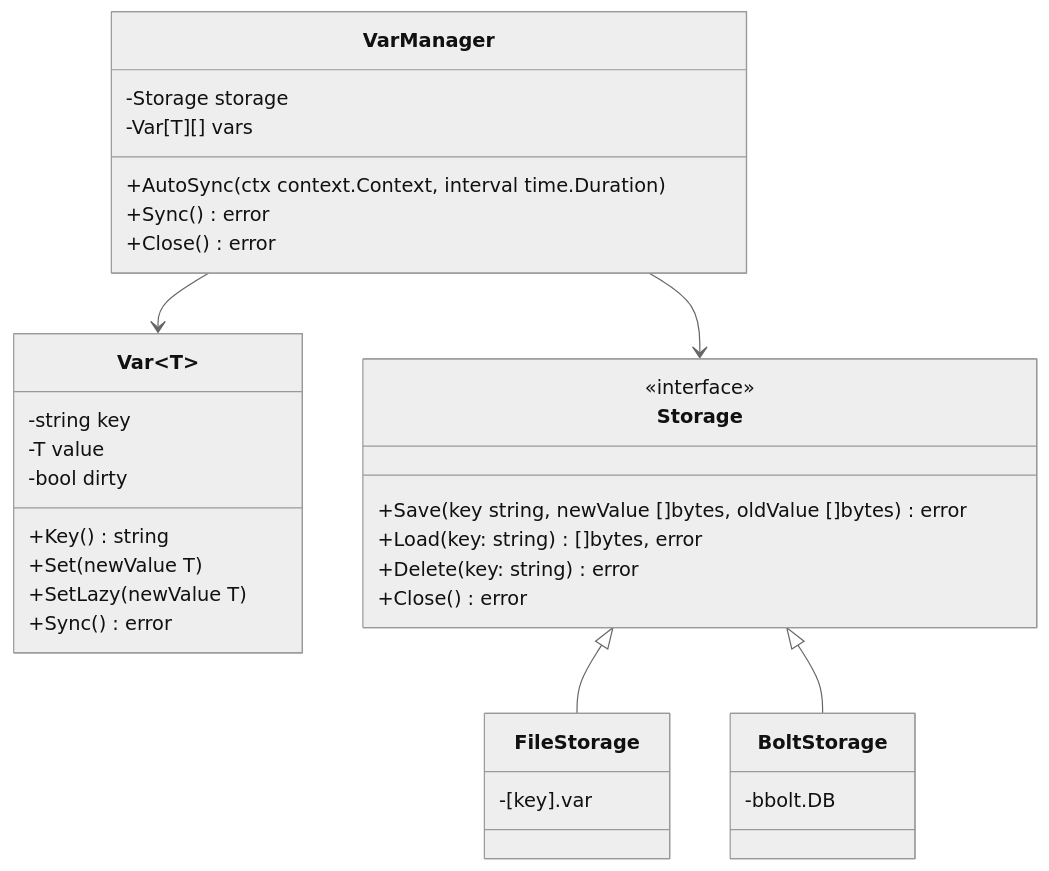
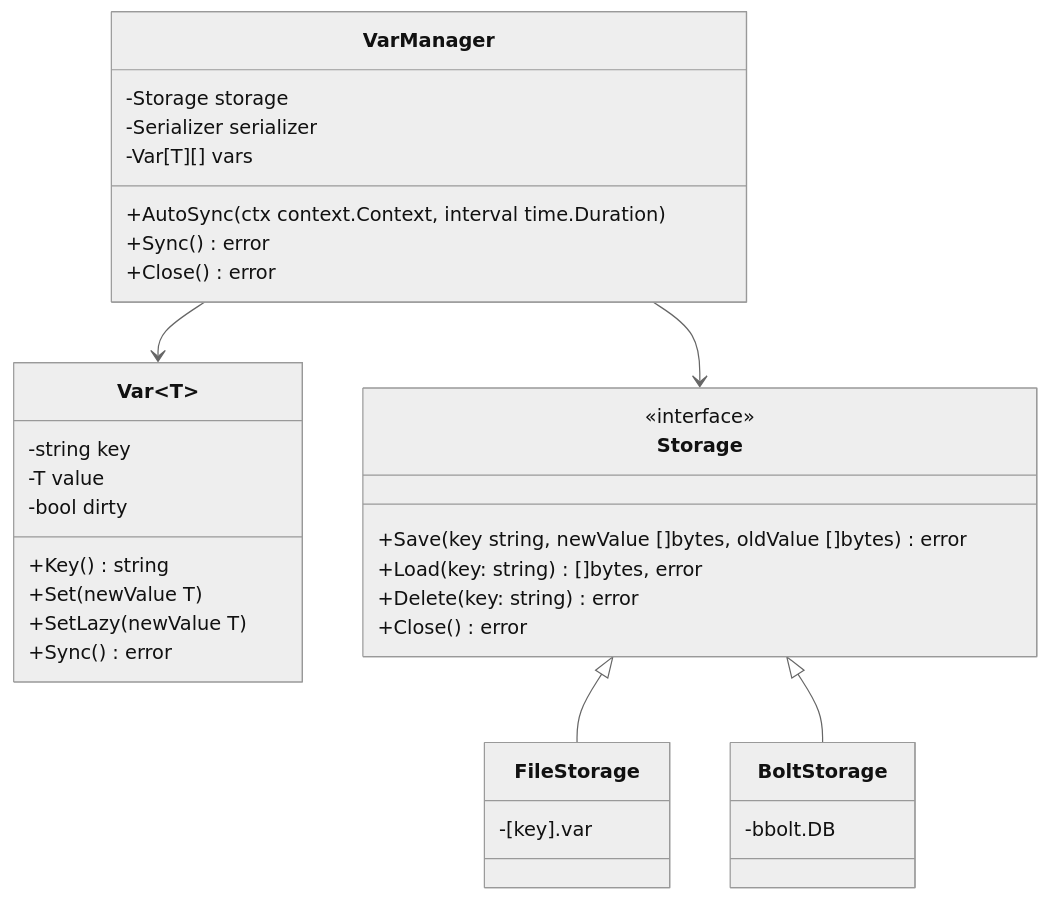
Before and after one commit to eos175/persistvar: the diagram in README.md, drawn with Mermaid (neutral theme). The commit also changed other lines of this file and 7 other files, not shown here.

````diff
--- a/README.md
+++ b/README.md
@@ -133,42 +138,43 @@
 ```mermaid
 classDiagram
     class VarManager {
         -Storage storage
+        -Serializer serializer
         -Var[T][] vars
         +AutoSync(ctx context.Context, interval time.Duration)
         +Sync() error
         +Close() error
     }
 
     class Var~T~ {
         -string key
         -T value
         -bool dirty
         +Key() string
         +Set(newValue T)
         +SetLazy(newValue T)
         +Sync() error
     }
 
     class Storage {
         <<interface>>
         +Save(key string, newValue []bytes, oldValue []bytes) error
         +Load(key: string) []bytes, error
         +Delete(key: string) error
         +Close() error
     }
 
     class FileStorage {
         -[key].var
     }
 
     class BoltStorage {
         -bbolt.DB
     }
 
     VarManager --> Storage
     VarManager --> Var
     Storage <|-- FileStorage
     Storage <|-- BoltStorage
 
 ```
````
